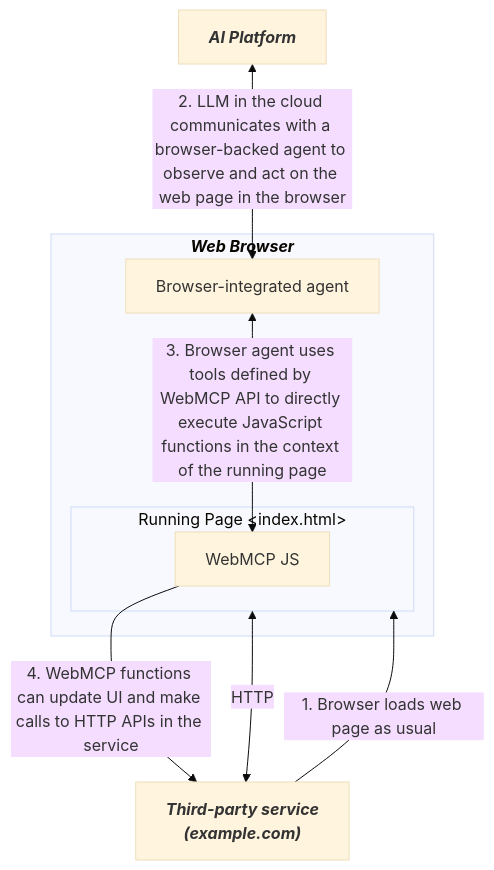
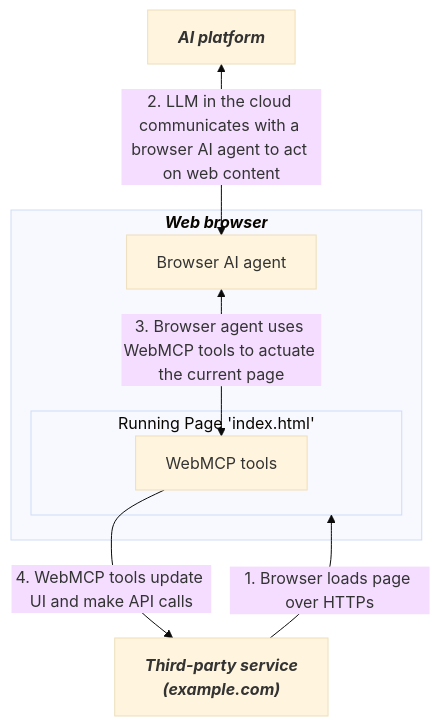
One commit to webmachinelearning/webmcp changed the diagram in README.md. Above: the diagram before and after it, drawn with Mermaid (base theme). The commit also changed other lines of this file and 1 other file, not shown here.

Commit message:
Small clean-ups on the first diagram; defer second diagram

````diff
--- a/README.md
+++ b/README.md
@@ -27,20 +27,18 @@
 ```mermaid
 graph TD
-    AI["<b><i>AI Platform</i></b>"]
-
-    subgraph WB["<b><i>Web Browser</i></b>"]
-        BIA["Browser-integrated agent"]
-        subgraph RP["Running Page &lt;index.html&gt;"]
-            WMCP["WebMCP JS"]
+    subgraph WB["<b><i>Web browser</i></b>"]
+        BA["Browser AI agent"]
+        subgraph RP["Running Page 'index.html'"]
+            WMCP["WebMCP tools"]
         end
     end
 
+    AI["<b><i>AI platform</i></b>"]
     TP["<b><i>Third-party service<br>(example.com)</i></b>"]
 
-    TP -->|"1. Browser loads web page as usual"| RP
-    AI <-->|"2. LLM in the cloud communicates with a browser-backed agent to observe and act on the web page in the browser"| BIA
-    BIA <-->|"3. Browser agent uses tools defined by WebMCP API to directly execute JavaScript functions in the context of the running page"| WMCP
-    RP <-->|HTTP| TP
-    
-    WMCP -->|"4. WebMCP functions can update UI and make calls to HTTP APIs in the service"| TP
+    %% Connections
+    TP -->|"1. Browser loads page over HTTPs"| RP
+    AI <-->|"2. LLM in the cloud communicates with a browser AI agent to act on web content"| BA
+    BA <-->|"3. Browser agent uses WebMCP tools to actuate the current page"| WMCP
+    WMCP -->|"4. WebMCP tools update UI and make API calls"| TP
 ```
````
